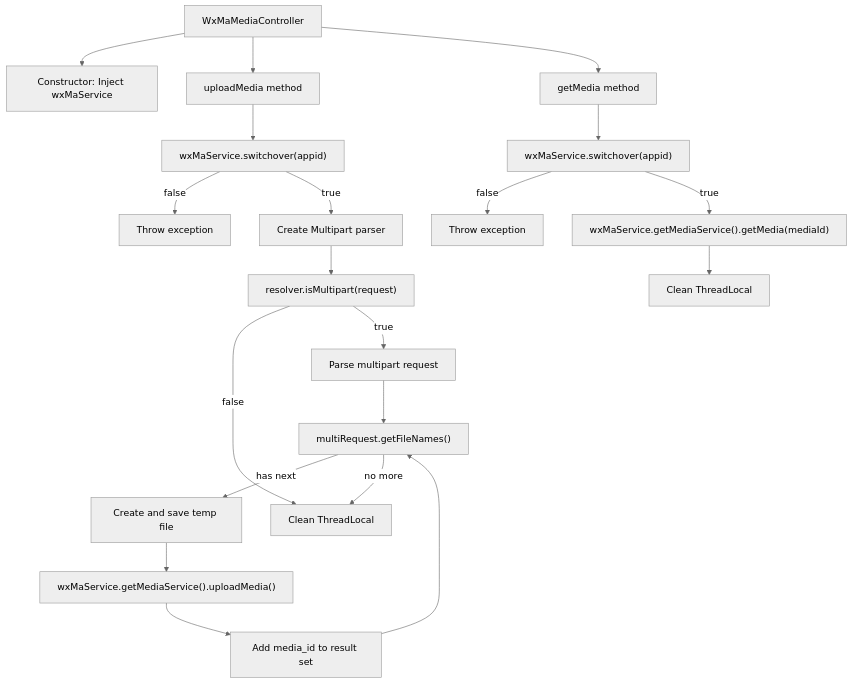
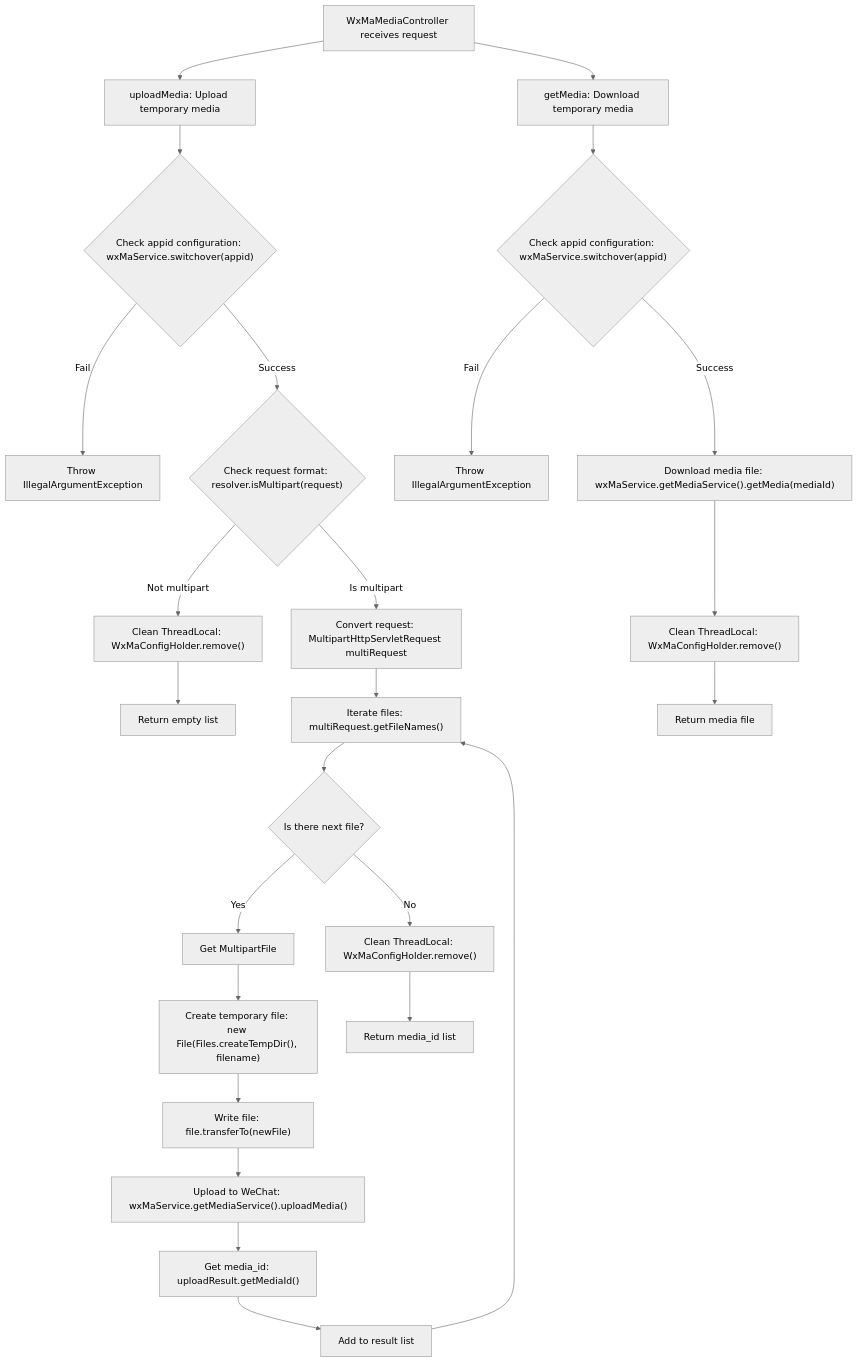
One commit to v-wjrong/imrrong_weixin-java-miniapp-demo changed the second of 2 diagrams in docs/en/docs/src/main/java/com/github/binarywang/demo/wx/miniapp/controller/WxMaMediaController.md. Above: the diagram before and after it, drawn with Mermaid (neutral theme). The commit also changed other lines of this file and 51 other files, not shown here.

````diff
--- a/docs/en/docs/src/main/java/com/github/binarywang/demo/wx/miniapp/controller/WxMaMediaController.md
+++ b/docs/en/docs/src/main/java/com/github/binarywang/demo/wx/miniapp/controller/WxMaMediaController.md
@@ -96,39 +90,30 @@
 ```mermaid
 graph TD
-    A["WxMaMediaController"]
-    B["Constructor: Inject wxMaService"]
-    C["uploadMedia method"]
-    D["Validate appid"]
-    E["Create Multipart parser"]
-    F["Check request type"]
-    G["Parse multipart request"]
-    H["Iterate uploaded files"]
-    I["Save temporary file"]
-    J["Upload to WeChat server"]
-    K["Collect media_id"]
-    L["Clean ThreadLocal"]
-    M["getMedia method"]
-    N["Validate appid"]
-    O["Download media file"]
-    P["Clean ThreadLocal"]
-
-    A --> B
-    A --> C
-    A --> M
-    C --> D["wxMaService.switchover(appid)"]
-    D -->|false| D1["Throw exception"]
-    D -->|true| E
-    E --> F["resolver.isMultipart(request)"]
-    F -->|false| L
-    F -->|true| G
-    G --> H["multiRequest.getFileNames()"]
-    H -->|has next| I["Create and save temp file"]
-    I --> J["wxMaService.getMediaService().uploadMedia()"]
-    J --> K["Add media_id to result set"]
-    K --> H
-    H -->|no more| L
-    M --> N["wxMaService.switchover(appid)"]
-    N -->|false| N1["Throw exception"]
-    N -->|true| O["wxMaService.getMediaService().getMedia(mediaId)"]
-    O --> P
+    A["WxMaMediaController receives request"]
+    
+    A --> B["uploadMedia: Upload temporary media"]
+    B --> C{"Check appid configuration: wxMaService.switchover(appid)"}
+    C -->|Fail| D["Throw IllegalArgumentException"]
+    C -->|Success| E{"Check request format: resolver.isMultipart(request)"}
+    E -->|Not multipart| F["Clean ThreadLocal: WxMaConfigHolder.remove()"]
+    F --> G["Return empty list"]
+    E -->|Is multipart| H["Convert request: MultipartHttpServletRequest multiRequest"]
+    H --> I["Iterate files: multiRequest.getFileNames()"]
+    I --> J{"Is there next file?"}
+    J -->|Yes| K["Get MultipartFile"]
+    K --> L["Create temporary file: new File(Files.createTempDir(), filename)"]
+    L --> M["Write file: file.transferTo(newFile)"]
+    M --> N["Upload to WeChat: wxMaService.getMediaService().uploadMedia()"]
+    N --> O["Get media_id: uploadResult.getMediaId()"]
+    O --> P["Add to result list"]
+    P --> I
+    J -->|No| Q["Clean ThreadLocal: WxMaConfigHolder.remove()"]
+    Q --> R["Return media_id list"]
+    
+    A --> S["getMedia: Download temporary media"]
+    S --> T{"Check appid configuration: wxMaService.switchover(appid)"}
+    T -->|Fail| U["Throw IllegalArgumentException"]
+    T -->|Success| V["Download media file: wxMaService.getMediaService().getMedia(mediaId)"]
+    V --> W["Clean ThreadLocal: WxMaConfigHolder.remove()"]
+    W --> X["Return media file"]
 ```
````
